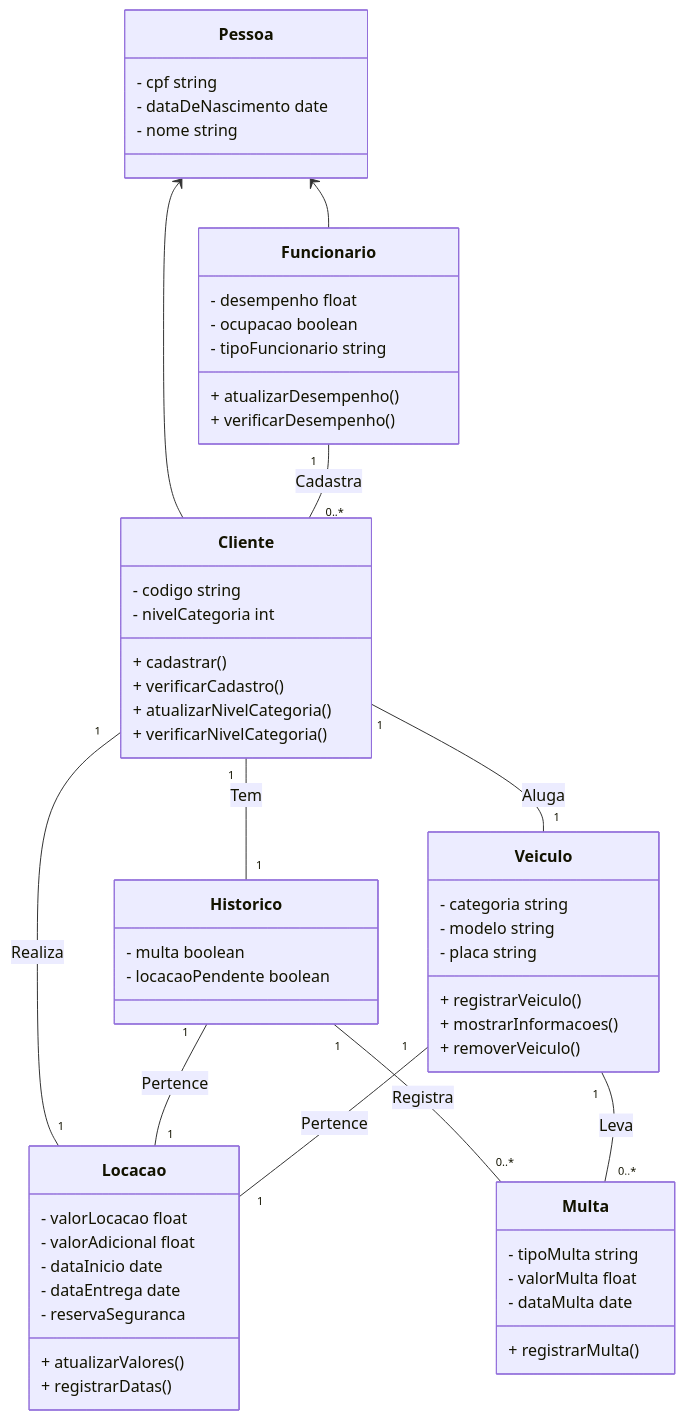
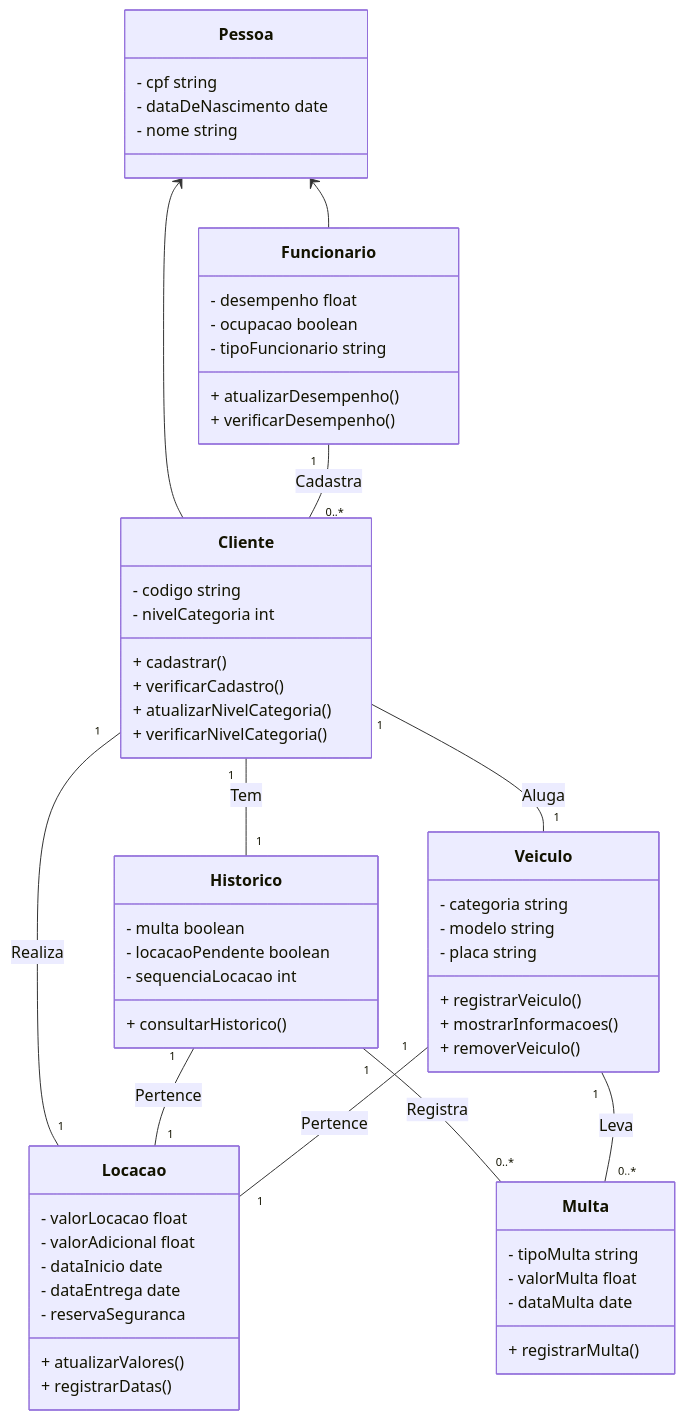
The second of 2 diagrams in README.md (iagorosa28/mod_software), drawn with Mermaid before and after one commit.

````diff
--- a/README.md
+++ b/README.md
@@ -153,67 +153,69 @@
 ```mermaid
 classDiagram
   Pessoa <-- Cliente
   Pessoa <-- Funcionario
   Funcionario "1" -- "0..*" Cliente : Cadastra
   Cliente "1" -- "1" Locacao : Realiza
   Cliente "1" -- "1" Veiculo : Aluga
   Cliente "1" -- "1" Historico : Tem
   Historico "1" -- "1" Locacao : Pertence
   Historico "1" -- "0..*" Multa : Registra
   Veiculo "1" -- "1" Locacao : Pertence
   Veiculo "1" -- "0..*" Multa : Leva
 
   class Pessoa{
   - cpf string
   - dataDeNascimento date
   - nome string
   }
 
   class Cliente{
   - codigo string
   - nivelCategoria int
   + cadastrar()
   + verificarCadastro()
   + atualizarNivelCategoria()
   + verificarNivelCategoria()
   }
 
   class Funcionario{
   - desempenho float
   - ocupacao boolean
   - tipoFuncionario string
   + atualizarDesempenho()
   + verificarDesempenho()
   }
 
   class Historico{
   - multa boolean
   - locacaoPendente boolean
+  - sequenciaLocacao int
+  + consultarHistorico()
   }
 
   class Locacao{
   - valorLocacao float
   - valorAdicional float
   - dataInicio date
   - dataEntrega date
   - reservaSeguranca
   + atualizarValores()
   + registrarDatas()
   }
 
   class Veiculo{
   - categoria string
   - modelo string
   - placa string
   + registrarVeiculo()
   + mostrarInformacoes()
   + removerVeiculo()
   }
 
   class Multa{
   - tipoMulta string
   - valorMulta float
   - dataMulta date
   + registrarMulta()
   }
 ```
````
